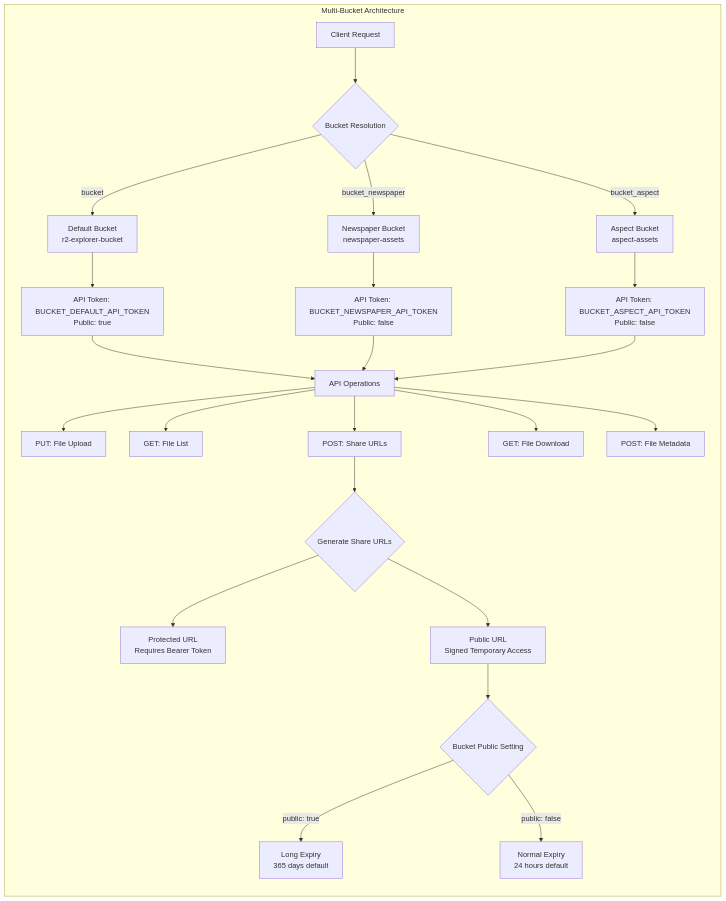
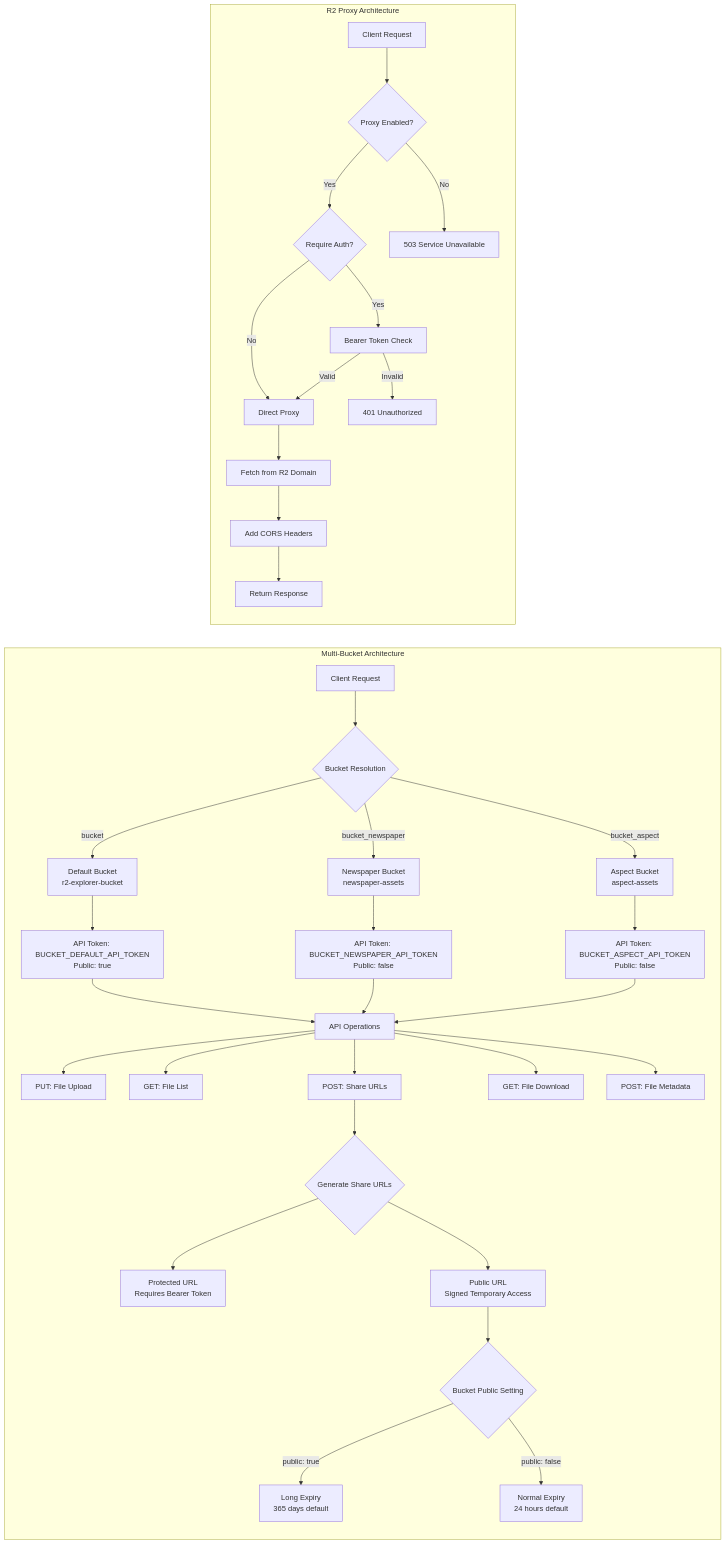
Before and after one commit to PowerZCY/r2-explorer-template: the second of 2 diagrams in README.md, drawn with Mermaid. The commit also changed other lines of this file and 5 other files, not shown here.

````diff
--- a/README.md
+++ b/README.md
@@ -148,32 +148,45 @@
 ```mermaid
 flowchart LR
     subgraph "Multi-Bucket Architecture"
         A[Client Request] --> B{Bucket Resolution}
         
         B -->|bucket| C1[Default Bucket<br/>r2-explorer-bucket]
         B -->|bucket_newspaper| C2[Newspaper Bucket<br/>newspaper-assets]
         B -->|bucket_aspect| C3[Aspect Bucket<br/>aspect-assets]
         
         C1 --> D1[API Token: BUCKET_DEFAULT_API_TOKEN<br/>Public: true]
         C2 --> D2[API Token: BUCKET_NEWSPAPER_API_TOKEN<br/>Public: false]
         C3 --> D3[API Token: BUCKET_ASPECT_API_TOKEN<br/>Public: false]
         
         D1 --> E[API Operations]
         D2 --> E
         D3 --> E
         
         E --> F1[PUT: File Upload]
         E --> F2[GET: File List]
         E --> F3[POST: Share URLs]
         E --> F4[GET: File Download]
         E --> F5[POST: File Metadata]
         
         F3 --> G{Generate Share URLs}
         G --> H1[Protected URL<br/>Requires Bearer Token]
         G --> H2[Public URL<br/>Signed Temporary Access]
         
         H2 --> I{Bucket Public Setting}
         I -->|public: true| J1[Long Expiry<br/>365 days default]
         I -->|public: false| J2[Normal Expiry<br/>24 hours default]
     end
+    
+    subgraph "R2 Proxy Architecture"
+        K[Client Request] --> L{Proxy Enabled?}
+        L -->|Yes| M{Require Auth?}
+        M -->|Yes| N[Bearer Token Check]
+        M -->|No| O[Direct Proxy]
+        N -->|Valid| O
+        N -->|Invalid| P[401 Unauthorized]
+        O --> Q[Fetch from R2 Domain]
+        Q --> R[Add CORS Headers]
+        R --> S[Return Response]
+        L -->|No| T[503 Service Unavailable]
+    end
 ```
````
